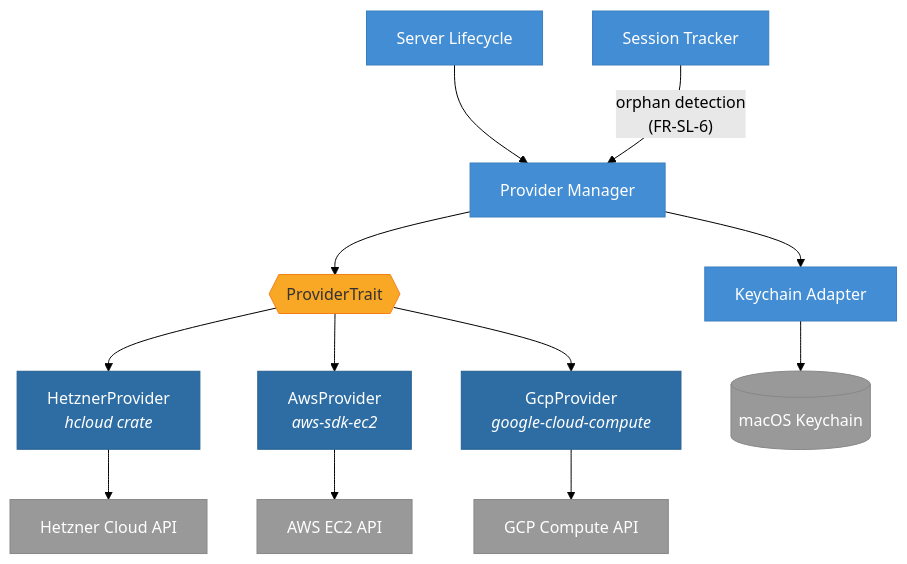
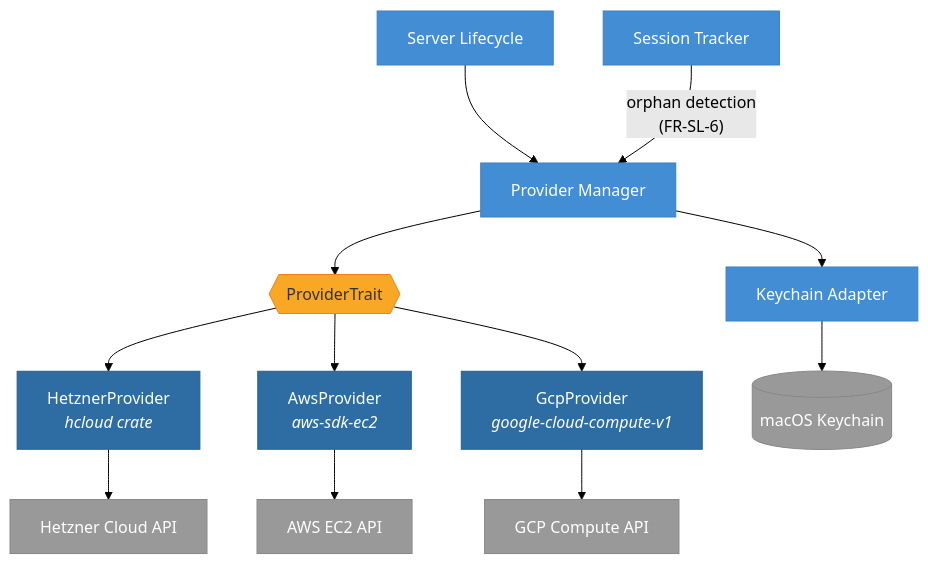
The diagram in docs/adr/0002-use-rust-sdk-for-cloud-providers.md (saemanas/oh-my-vpn), drawn with Mermaid (forest theme) before and after one commit. The commit also changed 4 other files, not shown here.

````diff
--- a/docs/adr/0002-use-rust-sdk-for-cloud-providers.md
+++ b/docs/adr/0002-use-rust-sdk-for-cloud-providers.md
@@ -47,28 +47,28 @@
 ```mermaid
 flowchart TD
     serverLifecycle[Server Lifecycle] --> providerManager[Provider Manager]
     sessionTracker[Session Tracker] -->|"orphan detection<br/>(FR-SL-6)"| providerManager
 
     providerManager --> keychainAdapter[Keychain Adapter]
     providerManager --> trait{{"ProviderTrait"}}
 
     trait --> hetzner["HetznerProvider<br/><i>hcloud crate</i>"]
     trait --> aws["AwsProvider<br/><i>aws-sdk-ec2</i>"]
-    trait --> gcp["GcpProvider<br/><i>google-cloud-compute</i>"]
+    trait --> gcp["GcpProvider<br/><i>google-cloud-compute-v1</i>"]
 
     hetzner --> hetznerApi["Hetzner Cloud API"]
     aws --> awsApi["AWS EC2 API"]
     gcp --> gcpApi["GCP Compute API"]
 
     keychainAdapter --> keychain[("macOS Keychain")]
 
     classDef module fill:#438dd5,stroke:#3c7fc0,color:#fff
     classDef sdk fill:#2d6da3,stroke:#256091,color:#fff
     classDef external fill:#999,stroke:#888,color:#fff
     classDef trait fill:#f9a825,stroke:#f57f17,color:#333
 
     class serverLifecycle,sessionTracker,providerManager,keychainAdapter module
     class hetzner,aws,gcp sdk
     class hetznerApi,awsApi,gcpApi,keychain external
     class trait trait
 ```
````
